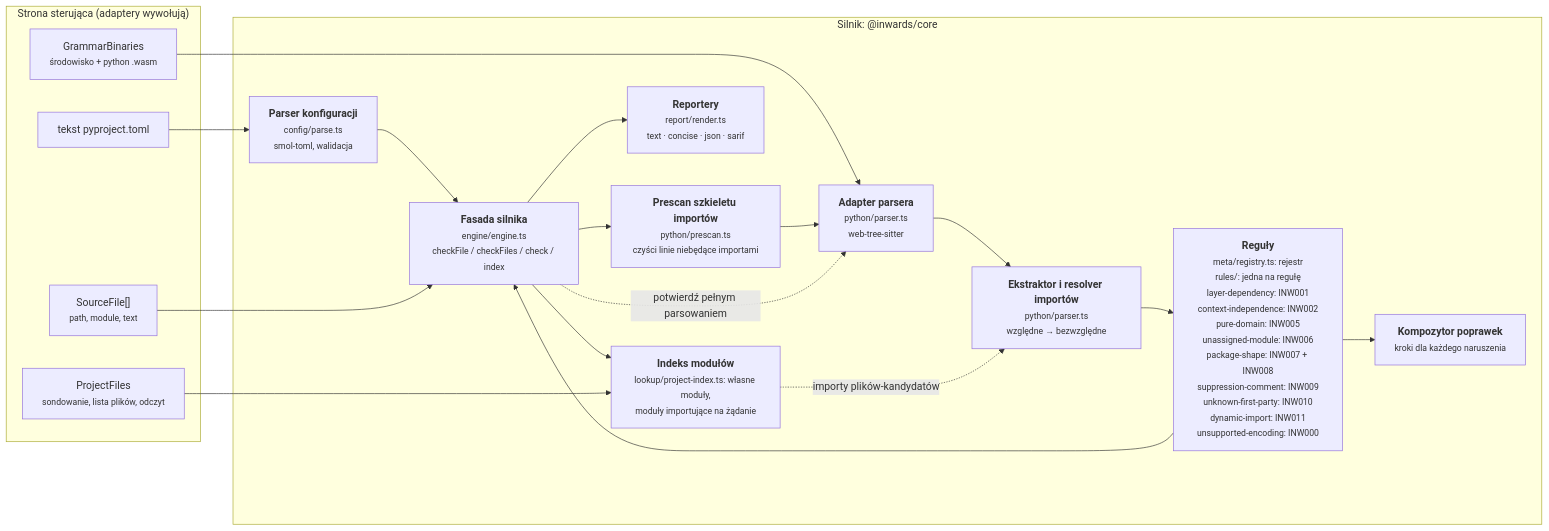
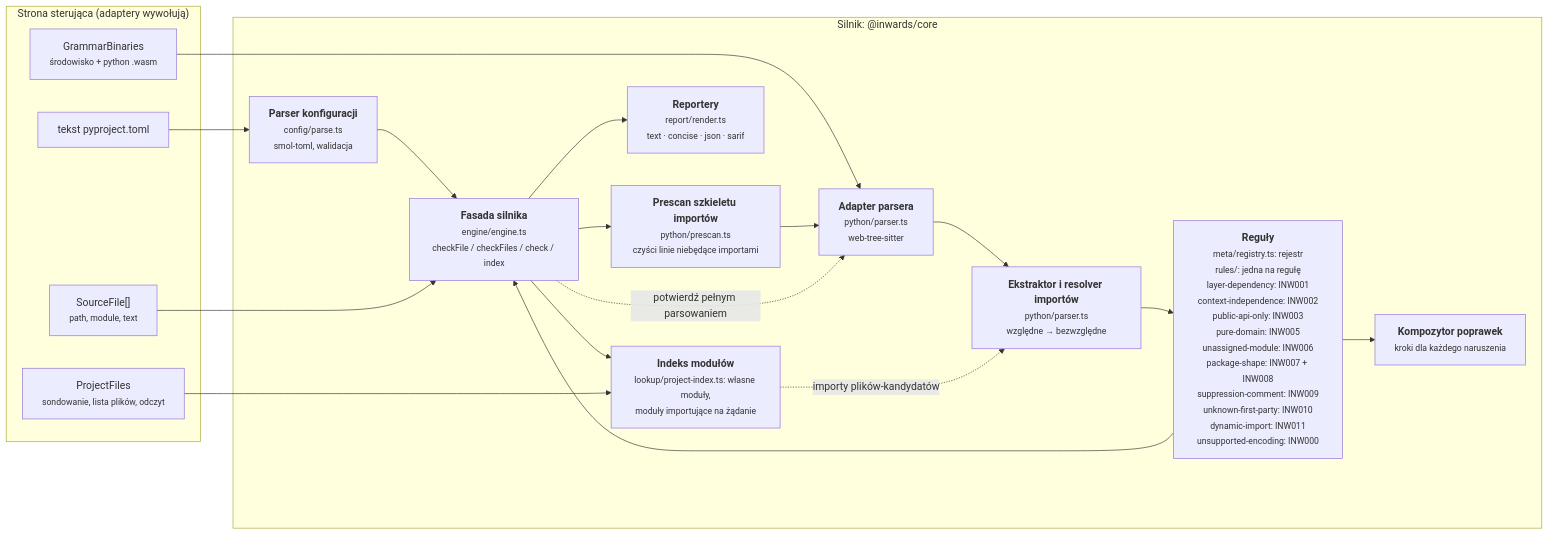
The third of 6 diagrams in docs/pl/03-Architecture-C4.md (SirCypkowskyy/inwards), drawn with Mermaid before and after one commit. The commit also changed other lines of this file and 27 other files, not shown here.

First line of the commit message:
feat(rules): INW003 keeps code outside a context to its public modules

````diff
--- a/docs/pl/03-Architecture-C4.md
+++ b/docs/pl/03-Architecture-C4.md
@@ -104,33 +104,33 @@
 ```mermaid
 flowchart LR
     subgraph driving["Strona sterująca (adaptery wywołują)"]
         files["SourceFile[]<br/><small>path, module, text</small>"]
         cfgtext["tekst pyproject.toml"]
         wasm["GrammarBinaries<br/><small>środowisko + python .wasm</small>"]
         pfiles["ProjectFiles<br/><small>sondowanie, lista plików, odczyt</small>"]
     end
 
     subgraph enginebox["Silnik: @inwards/core"]
         config["<b>Parser konfiguracji</b><br/><small>config/parse.ts<br/>smol-toml, walidacja</small>"]
         pre["<b>Prescan szkieletu importów</b><br/><small>python/prescan.ts<br/>czyści linie niebędące importami</small>"]
         parser["<b>Adapter parsera</b><br/><small>python/parser.ts<br/>web-tree-sitter</small>"]
         extract["<b>Ekstraktor i resolver importów</b><br/><small>python/parser.ts<br/>względne → bezwzględne</small>"]
-        rules["<b>Reguły</b><br/><small>meta/registry.ts: rejestr<br/>rules/: jedna na regułę<br/>layer-dependency: INW001<br/>context-independence: INW002<br/>pure-domain: INW005<br/>unassigned-module: INW006<br/>package-shape: INW007 + INW008<br/>suppression-comment: INW009<br/>unknown-first-party: INW010<br/>dynamic-import: INW011<br/>unsupported-encoding: INW000</small>"]
+        rules["<b>Reguły</b><br/><small>meta/registry.ts: rejestr<br/>rules/: jedna na regułę<br/>layer-dependency: INW001<br/>context-independence: INW002<br/>public-api-only: INW003<br/>pure-domain: INW005<br/>unassigned-module: INW006<br/>package-shape: INW007 + INW008<br/>suppression-comment: INW009<br/>unknown-first-party: INW010<br/>dynamic-import: INW011<br/>unsupported-encoding: INW000</small>"]
         fix["<b>Kompozytor poprawek</b><br/><small>kroki dla każdego naruszenia</small>"]
         report["<b>Reportery</b><br/><small>report/render.ts<br/>text · concise · json · sarif</small>"]
         engine["<b>Fasada silnika</b><br/><small>engine/engine.ts<br/>checkFile / checkFiles / check / index</small>"]
         modgraph["<b>Indeks modułów</b><br/><small>lookup/project-index.ts: własne moduły,<br/>moduły importujące na żądanie</small>"]
     end
 
     cfgtext --> config --> engine
     wasm --> parser
     files --> engine
     engine --> pre --> parser --> extract --> rules
     rules --> fix
     rules --> engine
     engine -. "potwierdź pełnym parsowaniem" .-> parser
     engine --> modgraph
     pfiles --> modgraph
     modgraph -. "importy plików-kandydatów" .-> extract
     engine --> report
 ```
````
